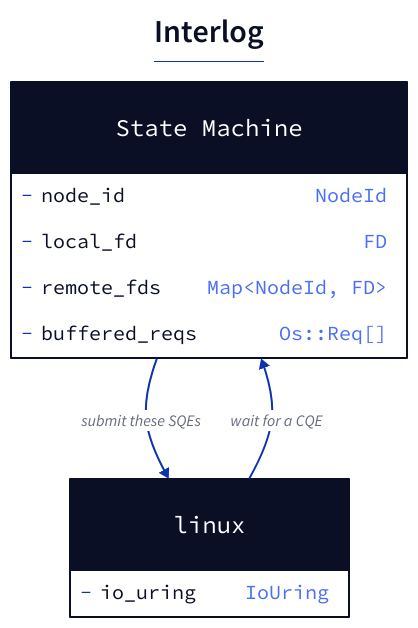
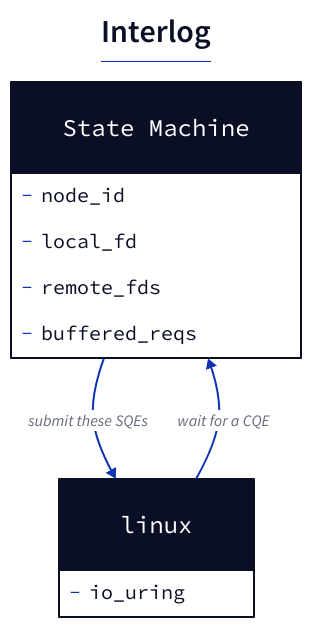
The diagram in architecture.d2 (LAC-Tech/The-WAL-of-Time), drawn with D2 before and after one commit. The commit also changed 2 other files, not shown here.

Commit message:
got pretty far in rust impl; need to share buffers from the state machine with io_uring

```diff
--- a/architecture.d2
+++ b/architecture.d2
@@ -1,22 +1,22 @@
 title: |md
   # Interlog
 | {near: top-center}
 
 sm: State Machine {
   shape: class
-  -node_id: NodeId
-  -local_fd: FD
-  -remote_fds: "Map<NodeId, FD>"
-  -buffered_reqs: "Os::Req[]"
+  -node_id
+  -local_fd
+  -remote_fds
+  -buffered_reqs
   # transition(OsRes): "Os::Req[]"
 }
 
 linux: {
   shape: class
-  -io_uring: IoUring
+  -io_uring
   # wait_for_res(): Os::Res
   # "submit_reqs(Os::Req[])": usize
 }
 
 sm -> linux: "submit these SQEs"
 linux -> sm: "wait for a CQE"
```
